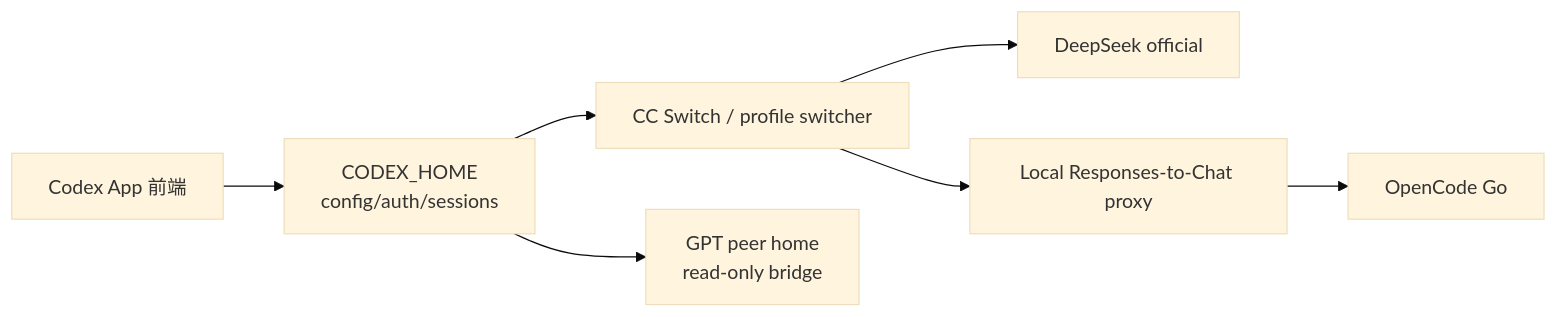
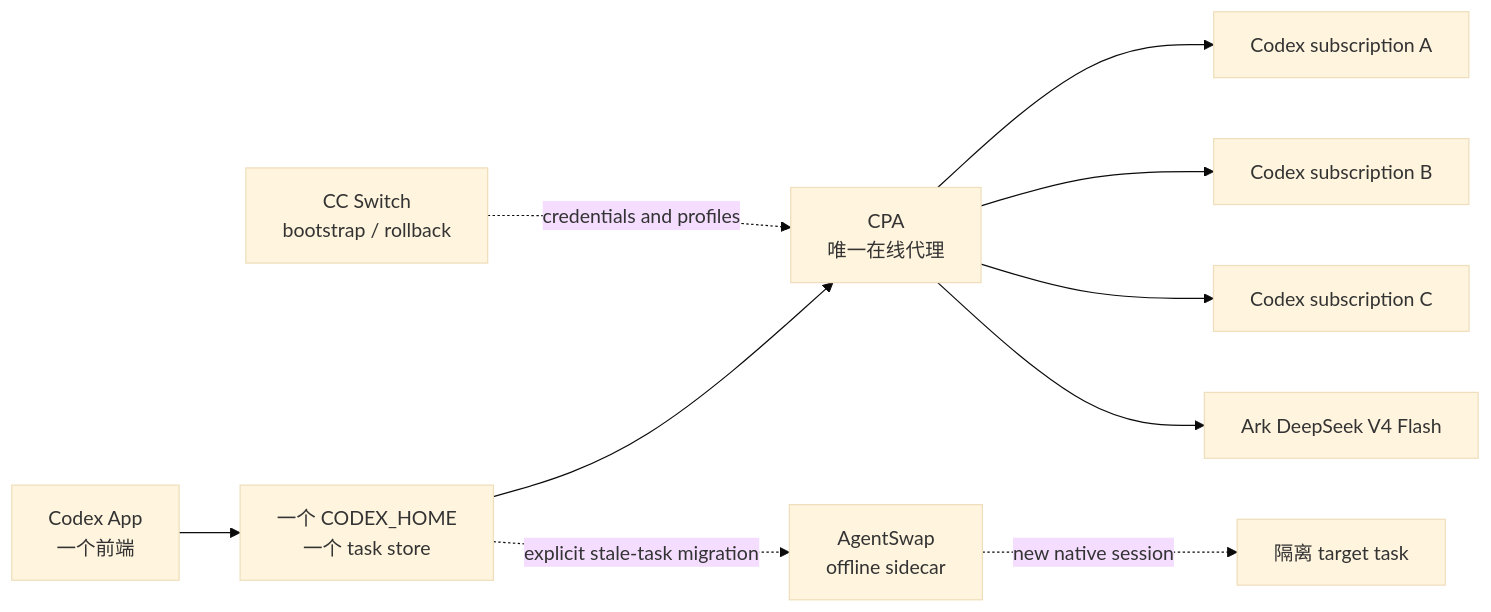
The diagram in docs/guides/codex-app-provider-switching.md (Alicecooo/loopx), drawn with Mermaid (base theme) before and after one commit. The commit also changed other lines of this file, not shown here.

Commit message:
docs(guides): define Codex provider routing boundaries (#3563)

````diff
--- a/docs/guides/codex-app-provider-switching.md
+++ b/docs/guides/codex-app-provider-switching.md
@@ -37,9 +44,12 @@
 ```mermaid
 flowchart LR
-  App[Codex App 前端] --> Home[CODEX_HOME<br/>config/auth/sessions]
-  Home --> Switcher[CC Switch / profile switcher]
-  Switcher --> DS[DeepSeek official]
-  Switcher --> Proxy[Local Responses-to-Chat proxy]
-  Proxy --> Go[OpenCode Go]
-  Home --> Peer[GPT peer home<br/>read-only bridge]
+  App[Codex App<br/>一个前端] --> Home[一个 CODEX_HOME<br/>一个 task store]
+  Home --> CPA[CPA<br/>唯一在线代理]
+  CPA --> A[Codex subscription A]
+  CPA --> B[Codex subscription B]
+  CPA --> C[Codex subscription C]
+  CPA --> Ark[Ark DeepSeek V4 Flash]
+  CCS[CC Switch<br/>bootstrap / rollback] -. credentials and profiles .-> CPA
+  Home -. explicit stale-task migration .-> Swap[AgentSwap<br/>offline sidecar]
+  Swap -. new native session .-> Quarantine[隔离 target task]
 ```
````
